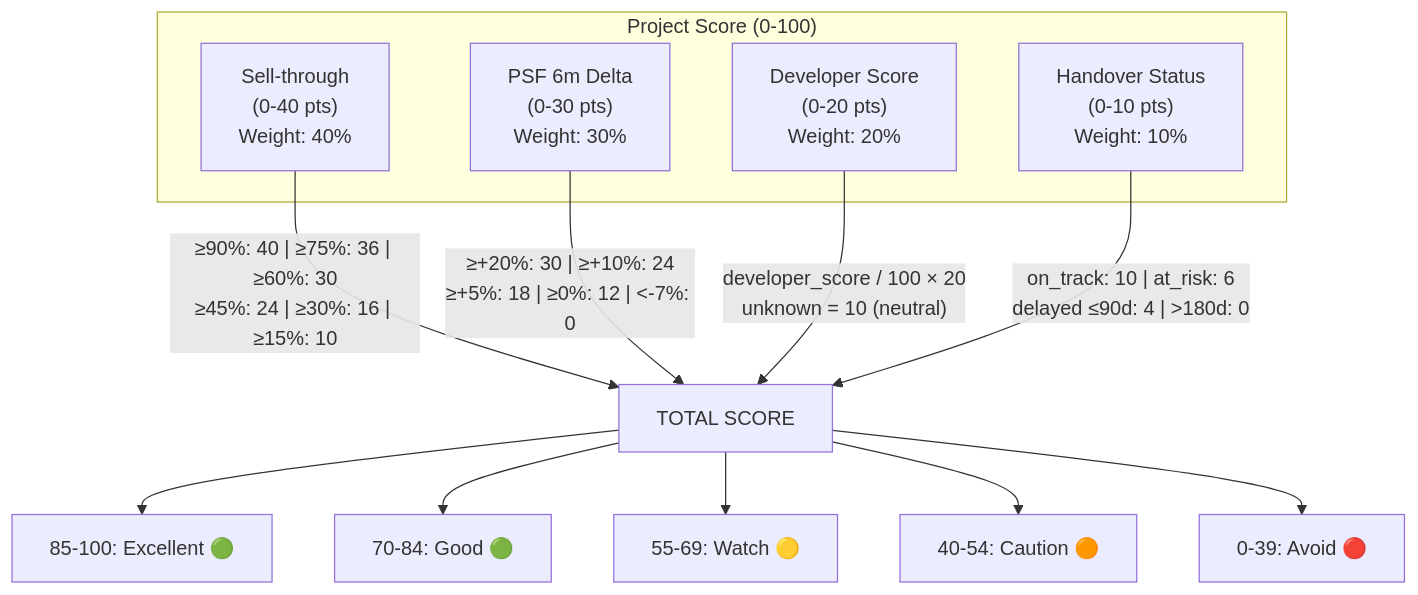
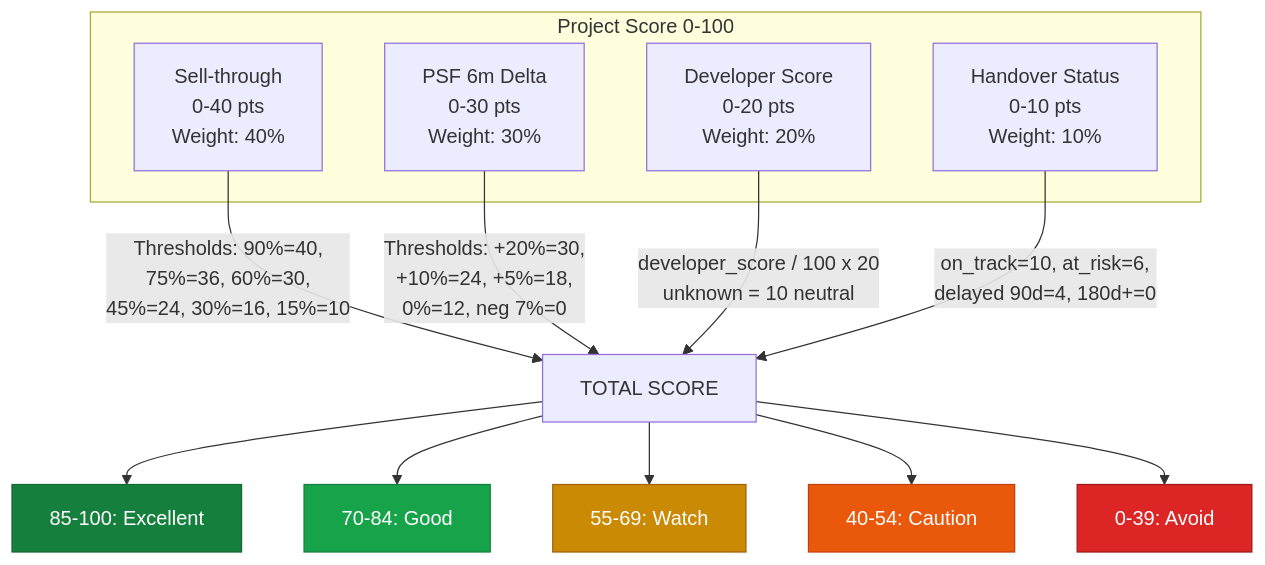
One commit to vishalm/OffplanIQ changed the fifth of 8 diagrams in PLAN.md. Above: the diagram before and after it, drawn with Mermaid. The commit also changed other lines of this file and 5 other files, not shown here.

First line of the commit message:
Fix Mermaid diagrams across all docs for GitHub rendering

````diff
--- a/PLAN.md
+++ b/PLAN.md
@@ -312,21 +316,27 @@
 ```mermaid
 graph TB
-    subgraph Score["Project Score (0-100)"]
-        ST["Sell-through\n(0-40 pts)\nWeight: 40%"]
-        PSF["PSF 6m Delta\n(0-30 pts)\nWeight: 30%"]
-        DEV["Developer Score\n(0-20 pts)\nWeight: 20%"]
-        HO["Handover Status\n(0-10 pts)\nWeight: 10%"]
+    subgraph Score["Project Score 0-100"]
+        ST["Sell-through\n0-40 pts\nWeight: 40%"]
+        PSF["PSF 6m Delta\n0-30 pts\nWeight: 30%"]
+        DEV["Developer Score\n0-20 pts\nWeight: 20%"]
+        HO["Handover Status\n0-10 pts\nWeight: 10%"]
     end
-    
-    ST --> |"≥90%: 40 | ≥75%: 36 | ≥60%: 30\n≥45%: 24 | ≥30%: 16 | ≥15%: 10"| TOTAL
-    PSF --> |"≥+20%: 30 | ≥+10%: 24\n≥+5%: 18 | ≥0%: 12 | <-7%: 0"| TOTAL
-    DEV --> |"developer_score / 100 × 20\nunknown = 10 (neutral)"| TOTAL
-    HO --> |"on_track: 10 | at_risk: 6\ndelayed ≤90d: 4 | >180d: 0"| TOTAL
+
+    ST -->|"Thresholds: 90%=40,\n75%=36, 60%=30,\n45%=24, 30%=16, 15%=10"| TOTAL
+    PSF -->|"Thresholds: +20%=30,\n+10%=24, +5%=18,\n0%=12, neg 7%=0"| TOTAL
+    DEV -->|"developer_score / 100 x 20\nunknown = 10 neutral"| TOTAL
+    HO -->|"on_track=10, at_risk=6,\ndelayed 90d=4, 180d+=0"| TOTAL
 
     TOTAL["TOTAL SCORE"]
-    TOTAL --> E["85-100: Excellent 🟢"]
-    TOTAL --> G["70-84: Good 🟢"]
-    TOTAL --> W["55-69: Watch 🟡"]
-    TOTAL --> C["40-54: Caution 🟠"]
-    TOTAL --> AV["0-39: Avoid 🔴"]
+    TOTAL --> E["85-100: Excellent"]:::excellent
+    TOTAL --> G["70-84: Good"]:::good
+    TOTAL --> W["55-69: Watch"]:::watch
+    TOTAL --> CA["40-54: Caution"]:::caution
+    TOTAL --> AV["0-39: Avoid"]:::avoid
+
+    classDef excellent fill:#15803d,stroke:#166534,color:#fff
+    classDef good fill:#16a34a,stroke:#15803d,color:#fff
+    classDef watch fill:#ca8a04,stroke:#a16207,color:#fff
+    classDef caution fill:#ea580c,stroke:#c2410c,color:#fff
+    classDef avoid fill:#dc2626,stroke:#991b1b,color:#fff
 ```
````
